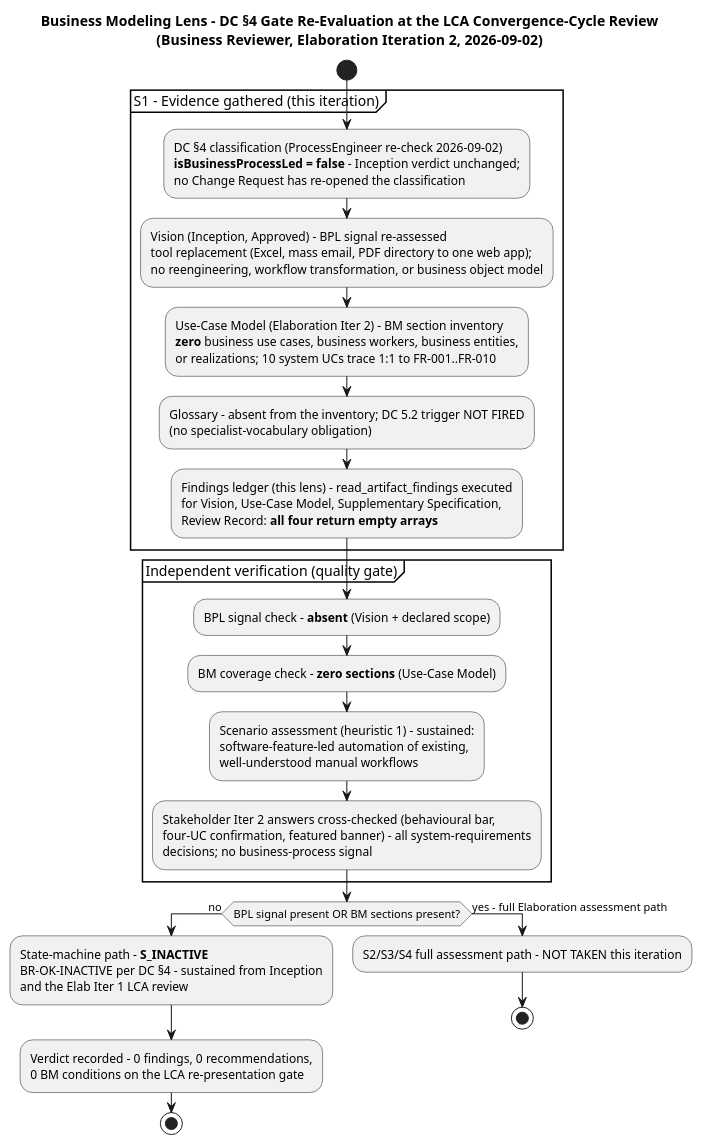
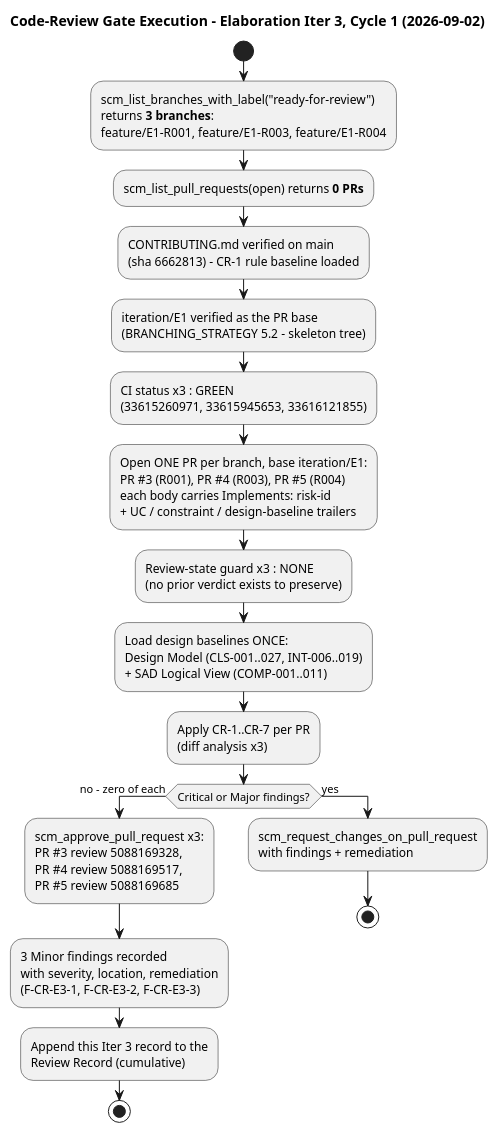
Before and after one commit to banense-test/employee-portal: the ninth of 25 diagrams in docs/artifacts/project-management/review-record.md, drawn with PlantUML. The commit also changed other lines of this file, not shown here.

First line of the commit message:
Code Reviewer [E3]: upsert Review Record

````diff
--- a/docs/artifacts/project-management/review-record.md
+++ b/docs/artifacts/project-management/review-record.md
@@ -770,28 +595,44 @@
 ```plantuml
 @startuml
-title Business Modeling Lens - DC §4 Gate Re-Evaluation at the LCA Convergence-Cycle Review\n(Business Reviewer, Elaboration Iteration 2, 2026-09-02)
+title Code-Review Gate Execution - Elaboration Iter 3, Cycle 1 (2026-09-02)
 
 start
-partition "S1 - Evidence gathered (this iteration)" {
-  :DC §4 classification (ProcessEngineer re-check 2026-09-02)\n**isBusinessProcessLed = false** - Inception verdict unchanged;\nno Change Request has re-opened the classification;
-  :Vision (Inception, Approved) - BPL signal re-assessed\ntool replacement (Excel, mass email, PDF directory to one web app);\nno reengineering, workflow transformation, or business object model;
-  :Use-Case Model (Elaboration Iter 2) - BM section inventory\n**zero** business use cases, business workers, business entities,\nor realizations; 10 system UCs trace 1:1 to FR-001..FR-010;
-  :Glossary - absent from the inventory; DC 5.2 trigger NOT FIRED\n(no specialist-vocabulary obligation);
-  :Findings ledger (this lens) - read_artifact_findings executed\nfor Vision, Use-Case Model, Supplementary Specification,\nReview Record: **all four return empty arrays**;
-}
-partition "Independent verification (quality gate)" {
-  :BPL signal check - **absent** (Vision + declared scope);
-  :BM coverage check - **zero sections** (Use-Case Model);
-  :Scenario assessment (heuristic 1) - sustained:\nsoftware-feature-led automation of existing,\nwell-understood manual workflows;
-  :Stakeholder Iter 2 answers cross-checked (behavioural bar,\nfour-UC confirmation, featured banner) - all system-requirements\ndecisions; no business-process signal;
-}
-if (BPL signal present OR BM sections present?) then (no)
-  :State-machine path - **S_INACTIVE**\nBR-OK-INACTIVE per DC §4 - sustained from Inception\nand the Elab Iter 1 LCA review;
-  :Verdict recorded - 0 findings, 0 recommendations,\n0 BM conditions on the LCA re-presentation gate;
+:scm_list_branches_with_label("ready-for-review")
+returns **3 branches**:
+feature/E1-R001, feature/E1-R003, feature/E1-R004;
+:scm_list_pull_requests(open) returns **0 PRs**;
+:CONTRIBUTING.md verified on main
+(sha 6662813) - CR-1 rule baseline loaded;
+:iteration/E1 verified as the PR base
+(BRANCHING_STRATEGY 5.2 - skeleton tree);
+:CI status x3 : GREEN
+(33615260971, 33615945653, 33616121855);
+:Open ONE PR per branch, base iteration/E1:
+PR #3 (R001), PR #4 (R003), PR #5 (R004)
+each body carries Implements: risk-id
++ UC / constraint / design-baseline trailers;
+:Review-state guard x3 : NONE
+(no prior verdict exists to preserve);
+:Load design baselines ONCE:
+Design Model (CLS-001..027, INT-006..019)
++ SAD Logical View (COMP-001..011);
+:Apply CR-1..CR-7 per PR
+(diff analysis x3);
+if (Critical or Major findings?) then (no - zero of each)
+  :scm_approve_pull_request x3:
+  PR #3 review 5088169328,
+  PR #4 review 5088169517,
+  PR #5 review 5088169685;
+  :3 Minor findings recorded
+  with severity, location, remediation
+  (F-CR-E3-1, F-CR-E3-2, F-CR-E3-3);
+  :Append this Iter 3 record to the
+  Review Record (cumulative);
   stop
-else (yes - full Elaboration assessment path)
-  :S2/S3/S4 full assessment path - NOT TAKEN this iteration;
+else (yes)
+  :scm_request_changes_on_pull_request
+  with findings + remediation;
   stop
 endif
 @enduml
 ```
````
